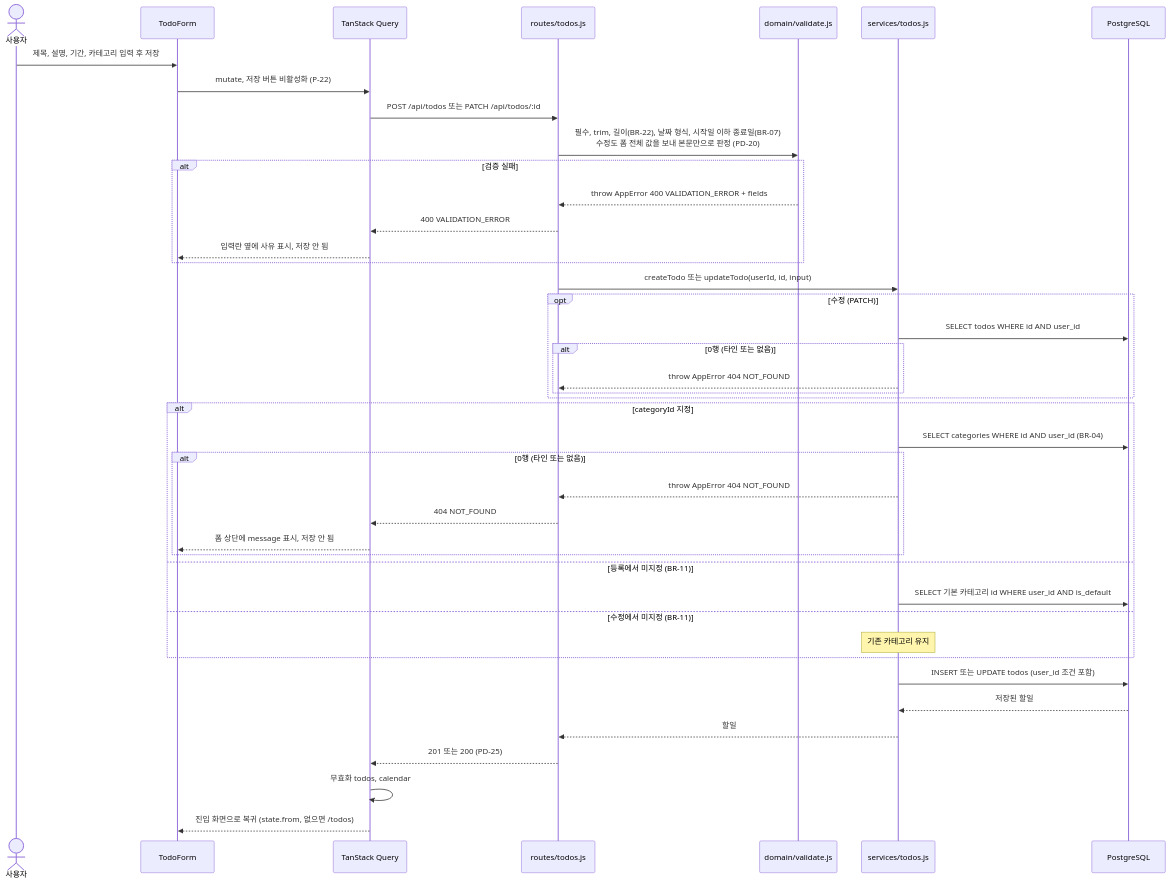
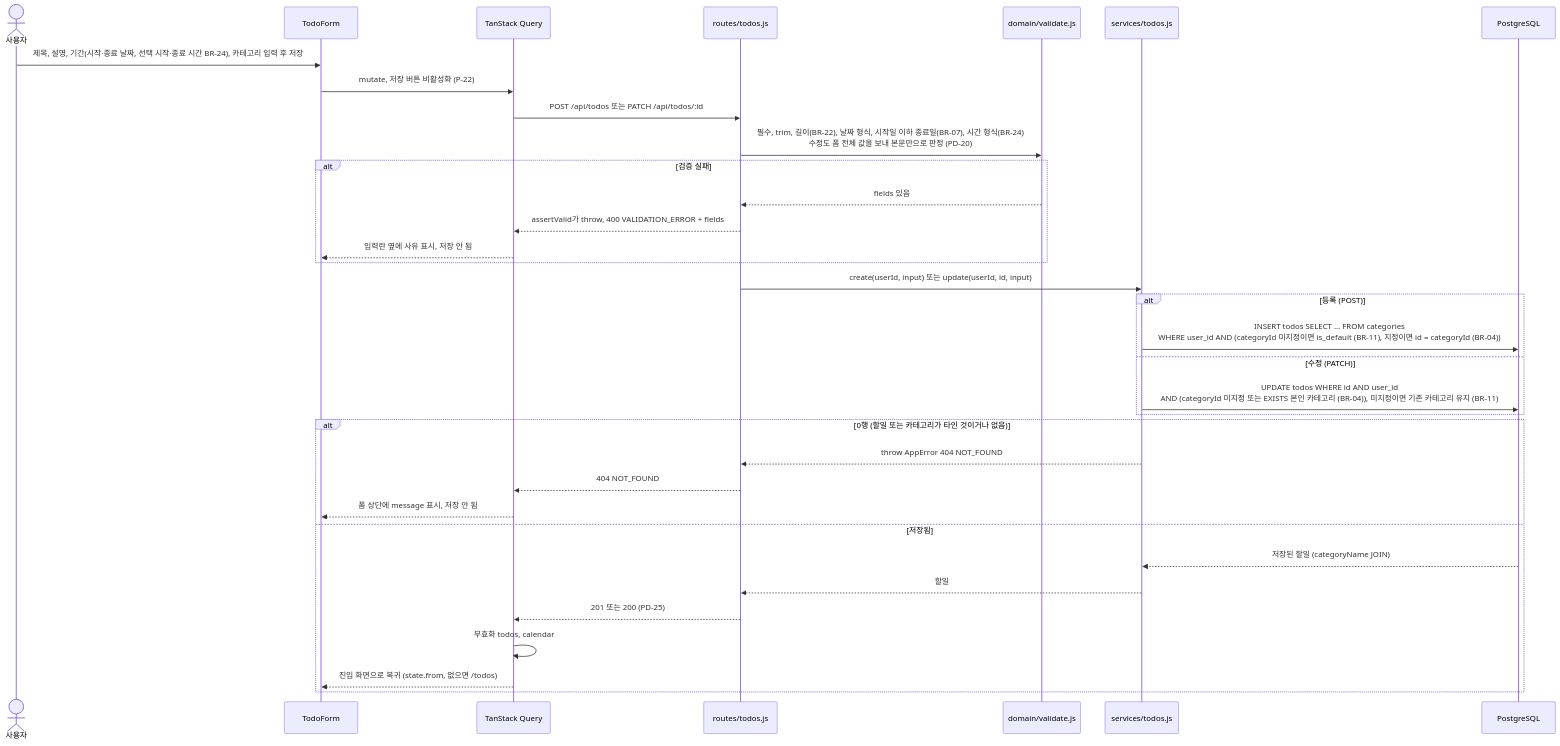
The tenth of 10 diagrams in docs/6-arch-diagram.md (pomyeong/todolist-app), drawn with Mermaid before and after one commit. The commit also changed other lines of this file and 10 other files, not shown here.

````diff
--- a/docs/6-arch-diagram.md
+++ b/docs/6-arch-diagram.md
@@ -472,45 +490,37 @@
 ```mermaid
 sequenceDiagram
     actor U as 사용자
     participant FE as TodoForm
     participant TQ as TanStack Query
     participant RT as routes/todos.js
     participant VD as domain/validate.js
     participant SV as services/todos.js
     participant DB as PostgreSQL
 
-    U->>FE: 제목, 설명, 기간, 카테고리 입력 후 저장
+    U->>FE: 제목, 설명, 기간(시작·종료 날짜, 선택 시작·종료 시간 BR-24), 카테고리 입력 후 저장
     FE->>TQ: mutate, 저장 버튼 비활성화 (P-22)
     TQ->>RT: POST /api/todos 또는 PATCH /api/todos/:id
-    RT->>VD: 필수, trim, 길이(BR-22), 날짜 형식, 시작일 이하 종료일(BR-07)<br/>수정도 폼 전체 값을 보내 본문만으로 판정 (PD-20)
+    RT->>VD: 필수, trim, 길이(BR-22), 날짜 형식, 시작일 이하 종료일(BR-07), 시간 형식(BR-24)<br/>수정도 폼 전체 값을 보내 본문만으로 판정 (PD-20)
     alt 검증 실패
-        VD-->>RT: throw AppError 400 VALIDATION_ERROR + fields
-        RT-->>TQ: 400 VALIDATION_ERROR
+        VD-->>RT: fields 있음
+        RT-->>TQ: assertValid가 throw, 400 VALIDATION_ERROR + fields
         TQ-->>FE: 입력란 옆에 사유 표시, 저장 안 됨
     end
-    RT->>SV: createTodo 또는 updateTodo(userId, id, input)
-    opt 수정 (PATCH)
-        SV->>DB: SELECT todos WHERE id AND user_id
-        alt 0행 (타인 또는 없음)
-            SV-->>RT: throw AppError 404 NOT_FOUND
-        end
+    RT->>SV: create(userId, input) 또는 update(userId, id, input)
+    alt 등록 (POST)
+        SV->>DB: INSERT todos SELECT … FROM categories<br/>WHERE user_id AND (categoryId 미지정이면 is_default (BR-11), 지정이면 id = categoryId (BR-04))
+    else 수정 (PATCH)
+        SV->>DB: UPDATE todos WHERE id AND user_id<br/>AND (categoryId 미지정 또는 EXISTS 본인 카테고리 (BR-04)), 미지정이면 기존 카테고리 유지 (BR-11)
     end
-    alt categoryId 지정
-        SV->>DB: SELECT categories WHERE id AND user_id (BR-04)
-        alt 0행 (타인 또는 없음)
-            SV-->>RT: throw AppError 404 NOT_FOUND
-            RT-->>TQ: 404 NOT_FOUND
-            TQ-->>FE: 폼 상단에 message 표시, 저장 안 됨
-        end
-    else 등록에서 미지정 (BR-11)
-        SV->>DB: SELECT 기본 카테고리 id WHERE user_id AND is_default
-    else 수정에서 미지정 (BR-11)
-        Note over SV: 기존 카테고리 유지
+    alt 0행 (할일 또는 카테고리가 타인 것이거나 없음)
+        SV-->>RT: throw AppError 404 NOT_FOUND
+        RT-->>TQ: 404 NOT_FOUND
+        TQ-->>FE: 폼 상단에 message 표시, 저장 안 됨
+    else 저장됨
+        DB-->>SV: 저장된 할일 (categoryName JOIN)
+        SV-->>RT: 할일
+        RT-->>TQ: 201 또는 200 (PD-25)
+        TQ->>TQ: 무효화 todos, calendar
+        TQ-->>FE: 진입 화면으로 복귀 (state.from, 없으면 /todos)
     end
-    SV->>DB: INSERT 또는 UPDATE todos (user_id 조건 포함)
-    DB-->>SV: 저장된 할일
-    SV-->>RT: 할일
-    RT-->>TQ: 201 또는 200 (PD-25)
-    TQ->>TQ: 무효화 todos, calendar
-    TQ-->>FE: 진입 화면으로 복귀 (state.from, 없으면 /todos)
 ```
````
